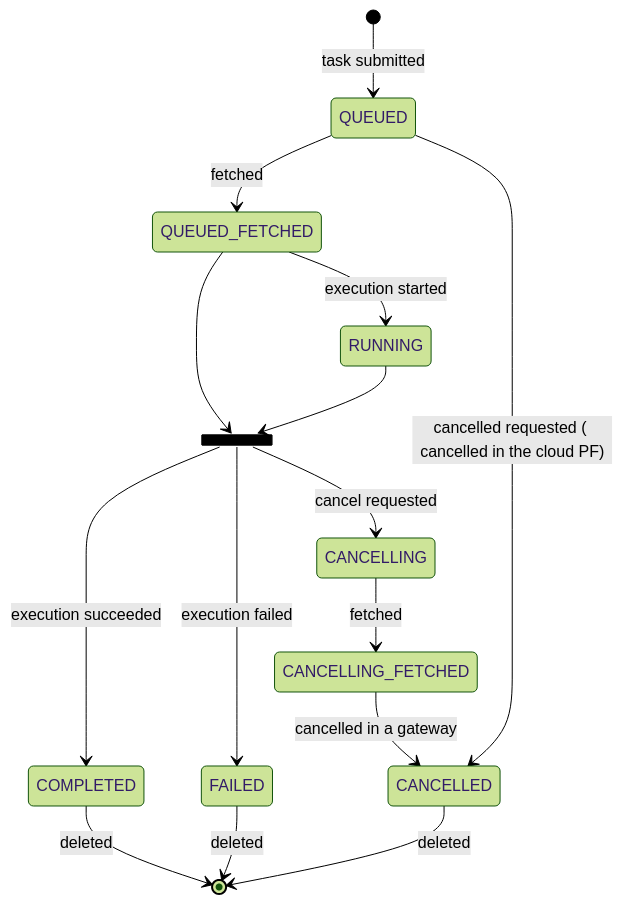
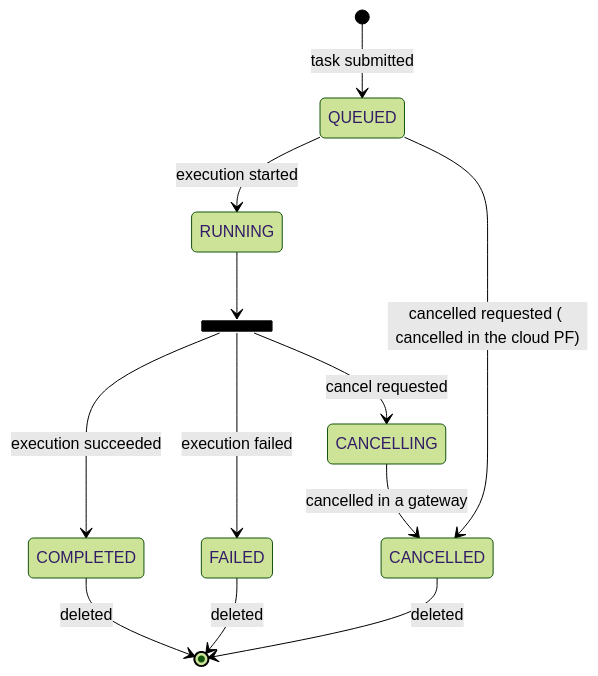
One commit to oqtopus-team/oqtopus-cloud changed the diagram in docs/ja/architecture/task_state_transition_diagram.md. Above: the diagram before and after it, drawn with Mermaid (forest theme). The commit also changed other lines of this file and 26 other files, not shown here.

````diff
--- a/docs/ja/architecture/task_state_transition_diagram.md
+++ b/docs/ja/architecture/task_state_transition_diagram.md
@@ -5,23 +5,20 @@
 ```mermaid
 stateDiagram-v2
     [*] --> QUEUED :task submitted
 
-    QUEUED --> QUEUED_FETCHED :fetched
-    QUEUED_FETCHED --> RUNNING : execution started
+    QUEUED --> RUNNING : execution started
     
     state join_state <<join>>
-    QUEUED_FETCHED --> join_state
     RUNNING --> join_state
     
     state join_state <<fork>>
     join_state --> COMPLETED :execution succeeded
     join_state --> FAILED :execution failed
     join_state --> CANCELLING :cancel requested
     
     COMPLETED --> [*] :deleted
     FAILED --> [*] :deleted
-    CANCELLING --> CANCELLING_FETCHED :fetched
-    CANCELLING_FETCHED --> CANCELLED :cancelled in a gateway
+    CANCELLING --> CANCELLED :cancelled in a gateway
     QUEUED --> CANCELLED :cancelled requested ( cancelled in the cloud PF)
     CANCELLED --> [*] :deleted
 ```
````
